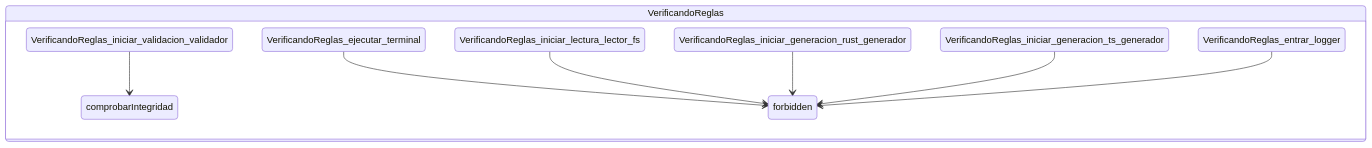
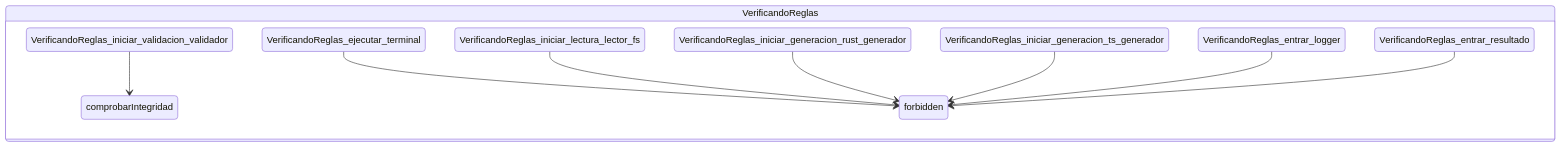
The fourth of 8 diagrams in spec/reference/trenza-cli/generated/CLI_Trenza_viz.md (cepeche/Trenza-DSL), drawn with Mermaid before and after one commit. The commit also changed other lines of this file and 11 other files, not shown here.

````diff
--- a/spec/reference/trenza-cli/generated/CLI_Trenza_viz.md
+++ b/spec/reference/trenza-cli/generated/CLI_Trenza_viz.md
@@ -58,13 +60,14 @@
 ```mermaid
 stateDiagram-v2
 
     state VerificandoReglas {
         VerificandoReglas_iniciar_validacion_validador --> comprobarIntegridad
         VerificandoReglas_ejecutar_terminal --> forbidden
         VerificandoReglas_iniciar_lectura_lector_fs --> forbidden
         VerificandoReglas_iniciar_generacion_rust_generador --> forbidden
         VerificandoReglas_iniciar_generacion_ts_generador --> forbidden
         VerificandoReglas_entrar_logger --> forbidden
+        VerificandoReglas_entrar_resultado --> forbidden
     }
 
 ```
````
